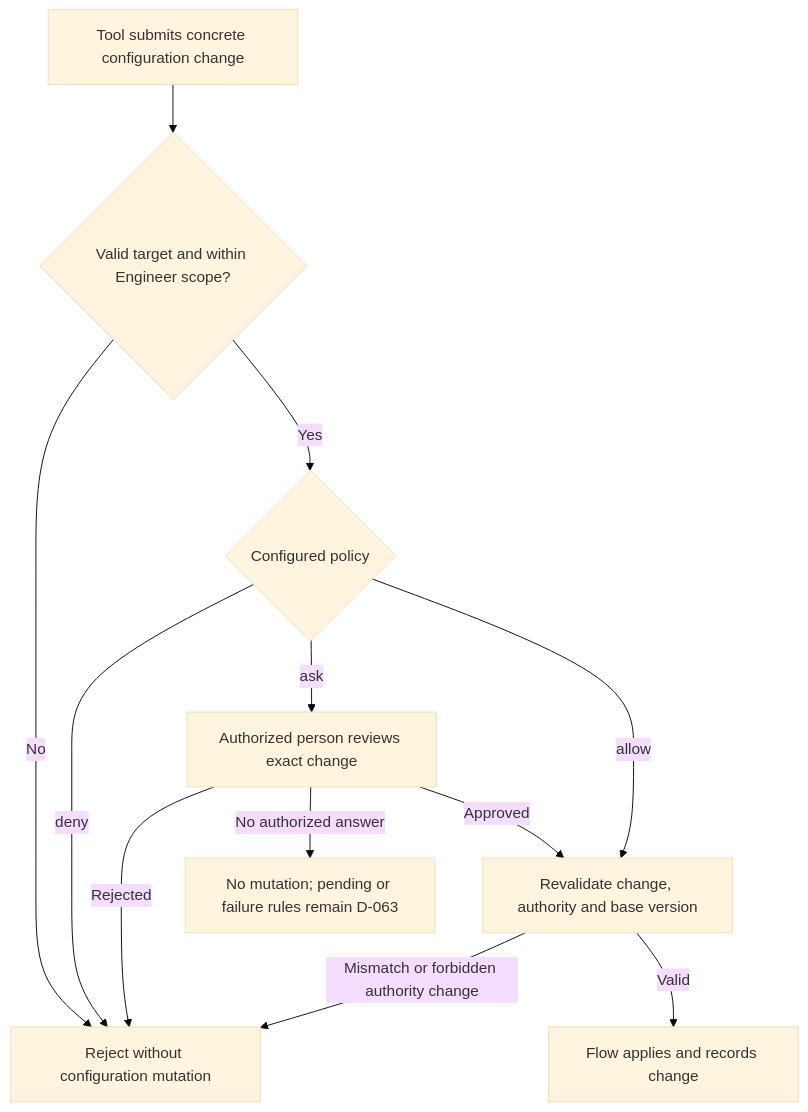
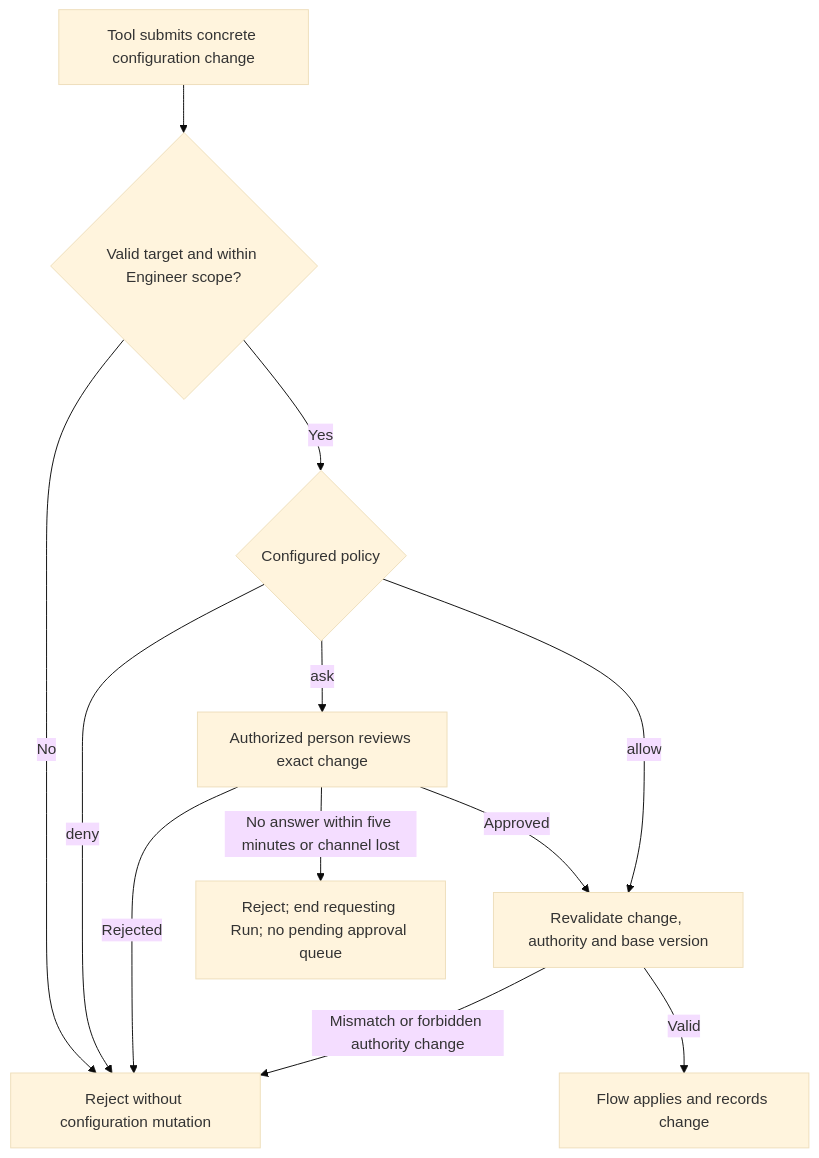
Before and after one commit to Open-Equilibrium/watershed: the fourth of 11 diagrams in docs/concept/flow-agent-executor-architecture.md, drawn with Mermaid (base theme). The commit also changed other lines of this file and 5 other files, not shown here.

````diff
--- a/docs/concept/flow-agent-executor-architecture.md
+++ b/docs/concept/flow-agent-executor-architecture.md
@@ -86,14 +86,14 @@
 ```mermaid
 flowchart TD
   Request["Tool submits concrete configuration change"] --> Valid{"Valid target and within Engineer scope?"}
   Valid -->|No| Reject["Reject without configuration mutation"]
   Valid -->|Yes| Policy{"Configured policy"}
   Policy -->|deny| Reject
   Policy -->|ask| Review["Authorized person reviews exact change"]
   Review -->|Rejected| Reject
-  Review -->|No authorized answer| Unanswered["No mutation; pending or failure rules remain D-063"]
+  Review -->|No answer within five minutes or channel lost| Unanswered["Reject; end requesting Run; no pending approval queue"]
   Review -->|Approved| Recheck["Revalidate change, authority and base version"]
   Policy -->|allow| Recheck
   Recheck -->|Mismatch or forbidden authority change| Reject
   Recheck -->|Valid| Apply["Flow applies and records change"]
 ```
````
